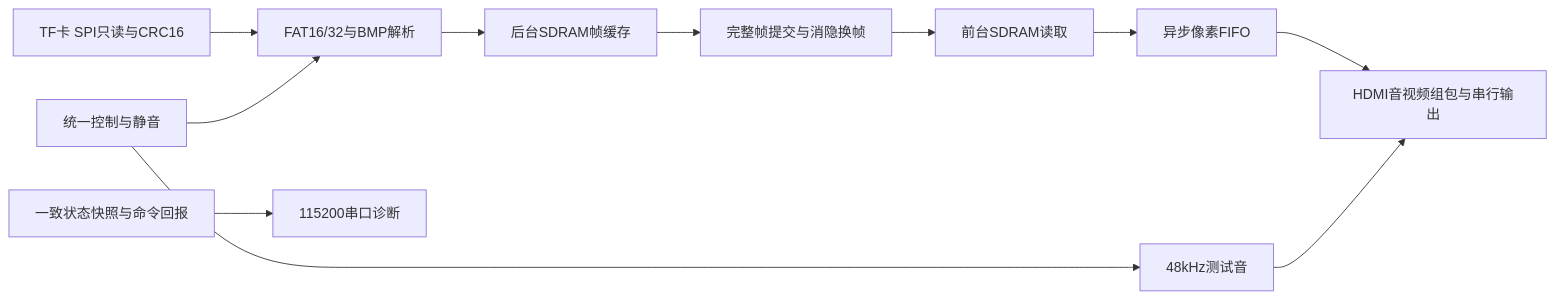
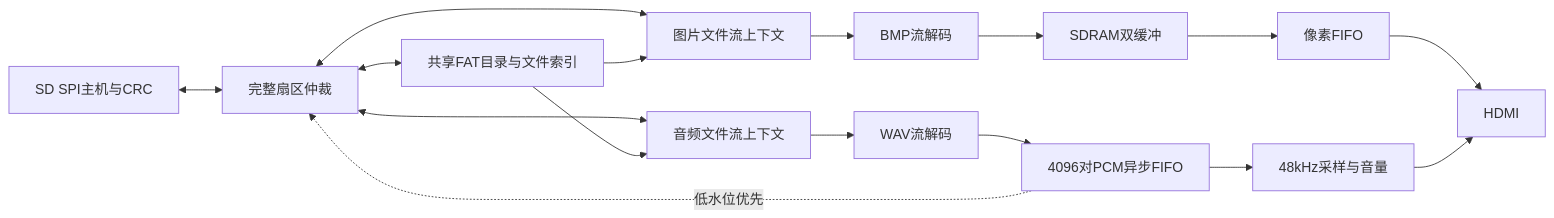
Before and after one commit to sifredi576-web/dmz-track1: the diagram in docs/PROJECT_ROADMAP.md, drawn with Mermaid. The commit also changed other lines of this file and 559 other files, not shown here.

````diff
--- a/docs/PROJECT_ROADMAP.md
+++ b/docs/PROJECT_ROADMAP.md
@@ -35,13 +49,18 @@
 ```mermaid
 flowchart LR
-    SD[TF卡 SPI只读与CRC16] --> FS[FAT16/32与BMP解析]
-    FS --> Back[后台SDRAM帧缓存]
-    Back --> Commit[完整帧提交与消隐换帧]
-    Commit --> Front[前台SDRAM读取]
-    Front --> FIFO[异步像素FIFO]
-    FIFO --> HDMI[HDMI音视频组包与串行输出]
-    Tone[48kHz测试音] --> HDMI
-    Ctrl[统一控制与静音] --> Tone
-    Ctrl --> FS
-    Diag[一致状态快照与命令回报] --> UART[115200串口诊断]
+ SD[SD SPI主机与CRC] <--> Arb[完整扇区仲裁]
+ Arb <--> Catalog[共享FAT目录与文件索引]
+ Arb <--> ImageStream[图片文件流上下文]
+ Arb <--> AudioStream[音频文件流上下文]
+ Catalog --> ImageStream
+ Catalog --> AudioStream
+ ImageStream --> BMP[BMP流解码]
+ BMP --> Frame[SDRAM双缓冲]
+ Frame --> Video[像素FIFO]
+ AudioStream --> WAV[WAV流解码]
+ WAV --> FIFO[4096对PCM异步FIFO]
+ FIFO --> Audio[48kHz采样与音量]
+ Video --> HDMI[HDMI]
+ Audio --> HDMI
+ FIFO -.低水位优先.-> Arb
 ```
````
